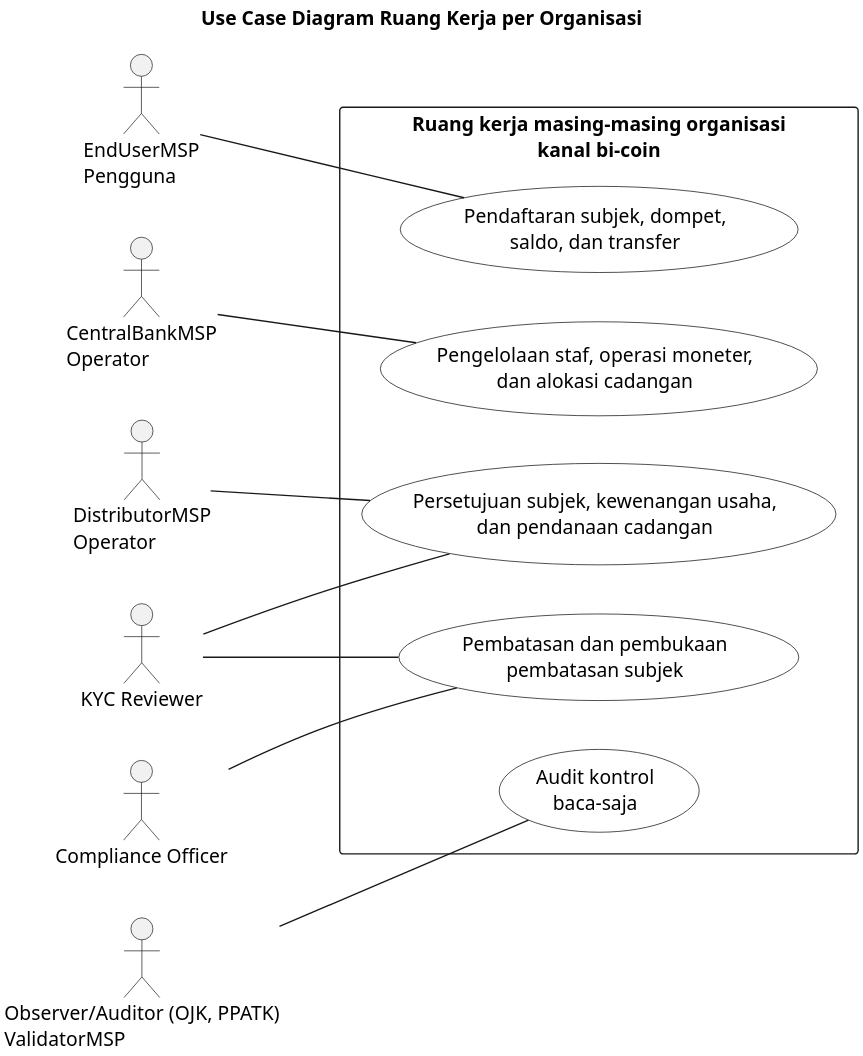
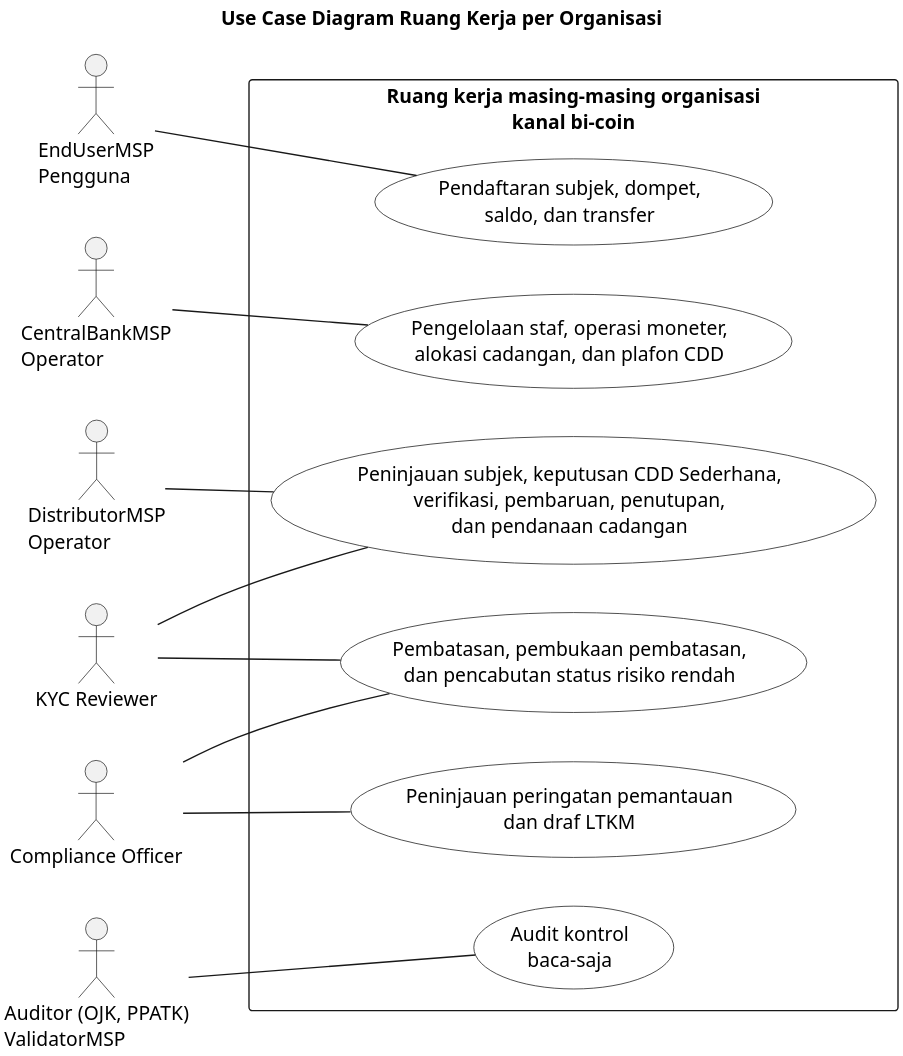
One commit to mfachrizalg/bi-coin changed the diagram in bi-coin-fabric/docs/diagrams/plantuml/controls-study-use-case.puml. Above: the diagram before and after it, drawn with PlantUML. The commit also changed 11 other files, not shown here.

First line of the commit message:
docs: ADR 0020 CDD Sederhana tier and glossary

```diff
--- a/bi-coin-fabric/docs/diagrams/plantuml/controls-study-use-case.puml
+++ b/bi-coin-fabric/docs/diagrams/plantuml/controls-study-use-case.puml
@@ -1,38 +1,40 @@
 @startuml controls-study-use-case
 title Use Case Diagram Ruang Kerja per Organisasi
 left to right direction
 skinparam monochrome true
 skinparam dpi 300
 skinparam defaultFontName Arial
 skinparam defaultFontSize 14
 skinparam packageStyle rectangle
 skinparam shadowing false
 skinparam usecase {
   BackgroundColor White
   BorderColor Black
 }
 
 actor "EndUserMSP\nPengguna" as EndUser
 actor "DistributorMSP\nOperator" as Distributor
 actor "CentralBankMSP\nOperator" as CentralBank
-actor "Observer/Auditor (OJK, PPATK)\nValidatorMSP" as Validator
+actor "Auditor (OJK, PPATK)\nValidatorMSP" as Validator
 actor "KYC Reviewer" as KycReviewer
 actor "Compliance Officer" as ComplianceOfficer
 
 rectangle "Ruang kerja masing-masing organisasi\nkanal bi-coin" {
   usecase "Pendaftaran subjek, dompet,\nsaldo, dan transfer" as EndUserUC
-  usecase "Persetujuan subjek, kewenangan usaha,\ndan pendanaan cadangan" as DistributorUC
-  usecase "Pembatasan dan pembukaan\npembatasan subjek" as RestrictionUC
-  usecase "Pengelolaan staf, operasi moneter,\ndan alokasi cadangan" as CentralBankUC
+  usecase "Peninjauan subjek, keputusan CDD Sederhana,\nverifikasi, pembaruan, penutupan,\ndan pendanaan cadangan" as DistributorUC
+  usecase "Pembatasan, pembukaan pembatasan,\ndan pencabutan status risiko rendah" as RestrictionUC
+  usecase "Peninjauan peringatan pemantauan\ndan draf LTKM" as MonitoringUC
+  usecase "Pengelolaan staf, operasi moneter,\nalokasi cadangan, dan plafon CDD" as CentralBankUC
   usecase "Audit kontrol\nbaca-saja" as ValidatorUC
 }
 
 EndUser -- EndUserUC
 Distributor -- DistributorUC
 CentralBank -- CentralBankUC
 Validator -- ValidatorUC
 KycReviewer -- DistributorUC
 KycReviewer -- RestrictionUC
 ComplianceOfficer -- RestrictionUC
+ComplianceOfficer -- MonitoringUC
 
 @enduml
```
